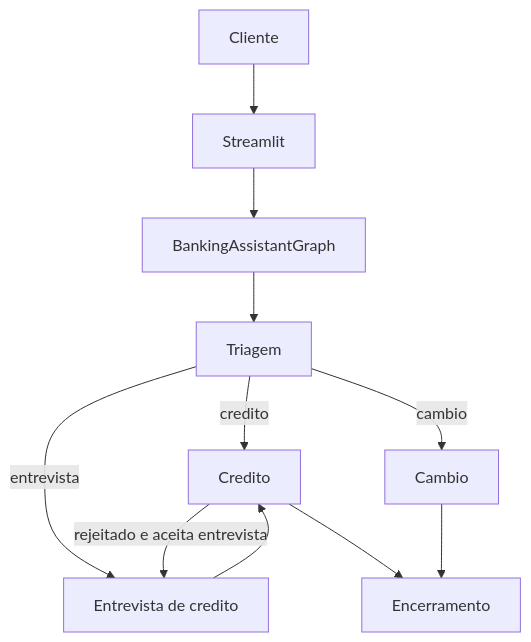
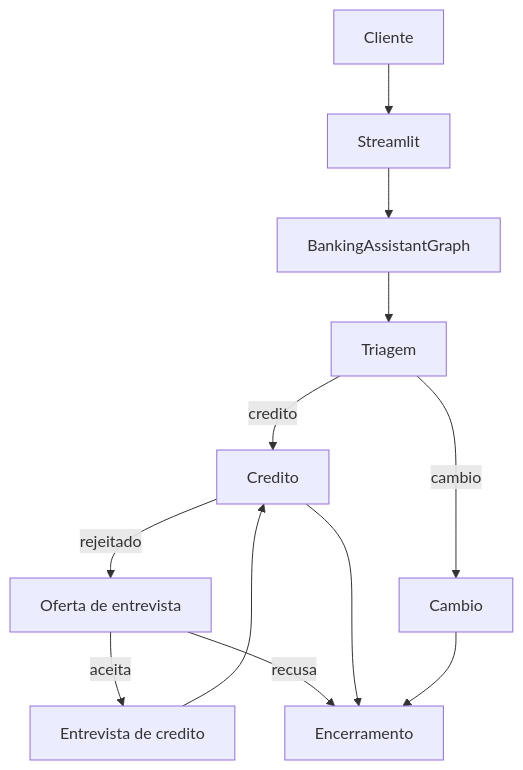
Before and after one commit to biancamartello/challenge_consultor_tech4h: the diagram in .specs/features/banking-assistant/design.md, drawn with Mermaid. The commit also changed other lines of this file and 15 other files, not shown here.

First line of the commit message:
Add humanized conversation layer, flow memory and structured LLM extraction

````diff
--- a/.specs/features/banking-assistant/design.md
+++ b/.specs/features/banking-assistant/design.md
@@ -24,13 +25,14 @@
 ```mermaid
 flowchart TD
     cliente["Cliente"] --> streamlitUi["Streamlit"]
     streamlitUi --> bankingAssistant["BankingAssistantGraph"]
     bankingAssistant --> triageNode["Triagem"]
     triageNode -->|"credito"| creditNode["Credito"]
-    triageNode -->|"entrevista"| interviewNode["Entrevista de credito"]
     triageNode -->|"cambio"| exchangeNode["Cambio"]
-    creditNode -->|"rejeitado e aceita entrevista"| interviewNode
+    creditNode -->|"rejeitado"| offerNode["Oferta de entrevista"]
+    offerNode -->|"aceita"| interviewNode["Entrevista de credito"]
+    offerNode -->|"recusa"| endNode["Encerramento"]
     interviewNode --> creditNode
-    creditNode --> endNode["Encerramento"]
+    creditNode --> endNode
     exchangeNode --> endNode
 ```
````
